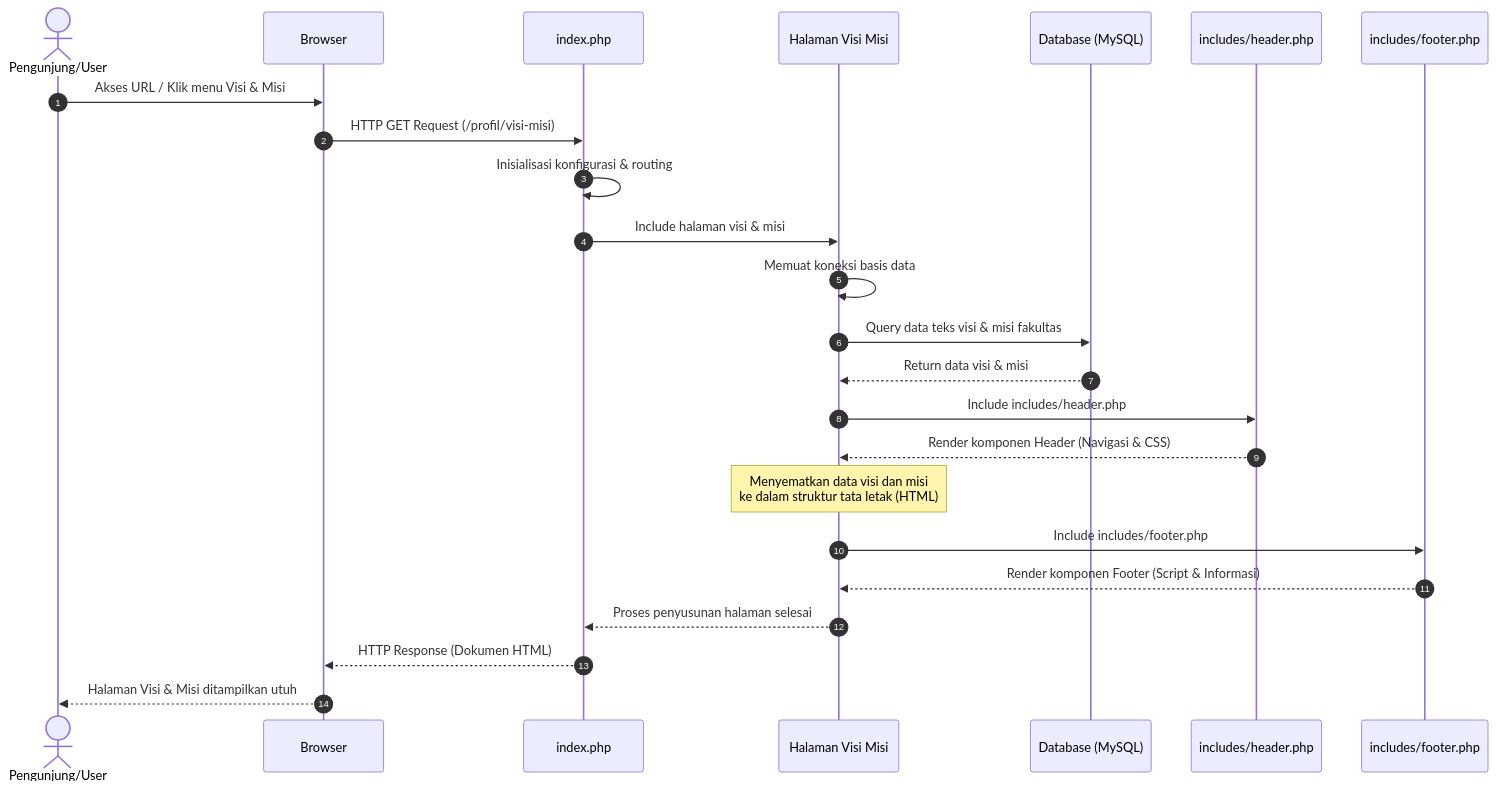
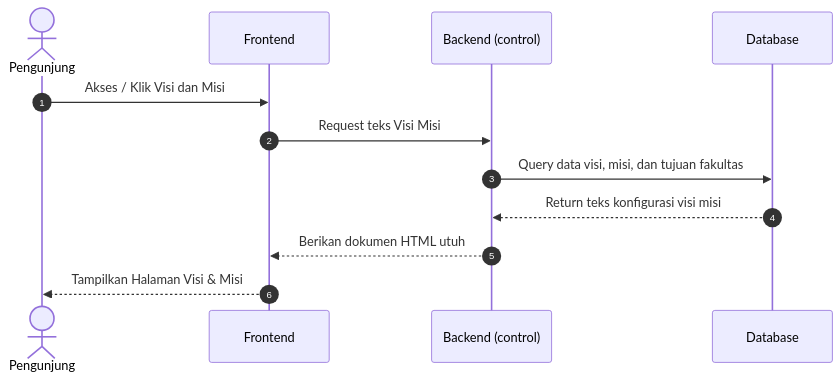
Before and after one commit to arbain-dev/Web_fikom: the fifth of 5 diagrams in docs/kumpulan_sequence_frontend.md, drawn with Mermaid. The commit also changed other lines of this file and 1 other file, not shown here.

Commit message:
docs: standardisasi arsitektur 3 tier (Frontend, Backend, DB) pada seluruh sequence diagram backend

````diff
--- a/docs/kumpulan_sequence_frontend.md
+++ b/docs/kumpulan_sequence_frontend.md
@@ -138,35 +87,18 @@
 ```mermaid
 sequenceDiagram
     autonumber
     
-    actor User as Pengunjung/User
-    participant Browser
-    participant Index as index.php
-    participant Page as Halaman Visi Misi
-    participant DB as Database (MySQL)
-    participant Header as includes/header.php
-    participant Footer as includes/footer.php
+    actor User as Pengunjung
+    participant Frontend
+    participant Backend as Backend (control)
+    participant DB as Database
 
-    User->>Browser: Akses URL / Klik menu Visi & Misi
-    Browser->>Index: HTTP GET Request (/profil/visi-misi)
+    User->>Frontend: Akses / Klik Visi dan Misi
+    Frontend->>Backend: Request teks Visi Misi
     
-    Index->>Index: Inisialisasi konfigurasi & routing
-    Index->>Page: Include halaman visi & misi
+    Backend->>DB: Query data visi, misi, dan tujuan fakultas
+    DB-->>Backend: Return teks konfigurasi visi misi
     
-    Page->>Page: Memuat koneksi basis data
-    
-    Page->>DB: Query data teks visi & misi fakultas
-    DB-->>Page: Return data visi & misi
-    
-    Page->>Header: Include includes/header.php
-    Header-->>Page: Render komponen Header (Navigasi & CSS)
-    
-    Note over Page: Menyematkan data visi dan misi<br/>ke dalam struktur tata letak (HTML)
-    
-    Page->>Footer: Include includes/footer.php
-    Footer-->>Page: Render komponen Footer (Script & Informasi)
-    
-    Page-->>Index: Proses penyusunan halaman selesai
-    Index-->>Browser: HTTP Response (Dokumen HTML)
-    Browser-->>User: Halaman Visi & Misi ditampilkan utuh
+    Backend-->>Frontend: Berikan dokumen HTML utuh
+    Frontend-->>User: Tampilkan Halaman Visi & Misi
 ```
````
